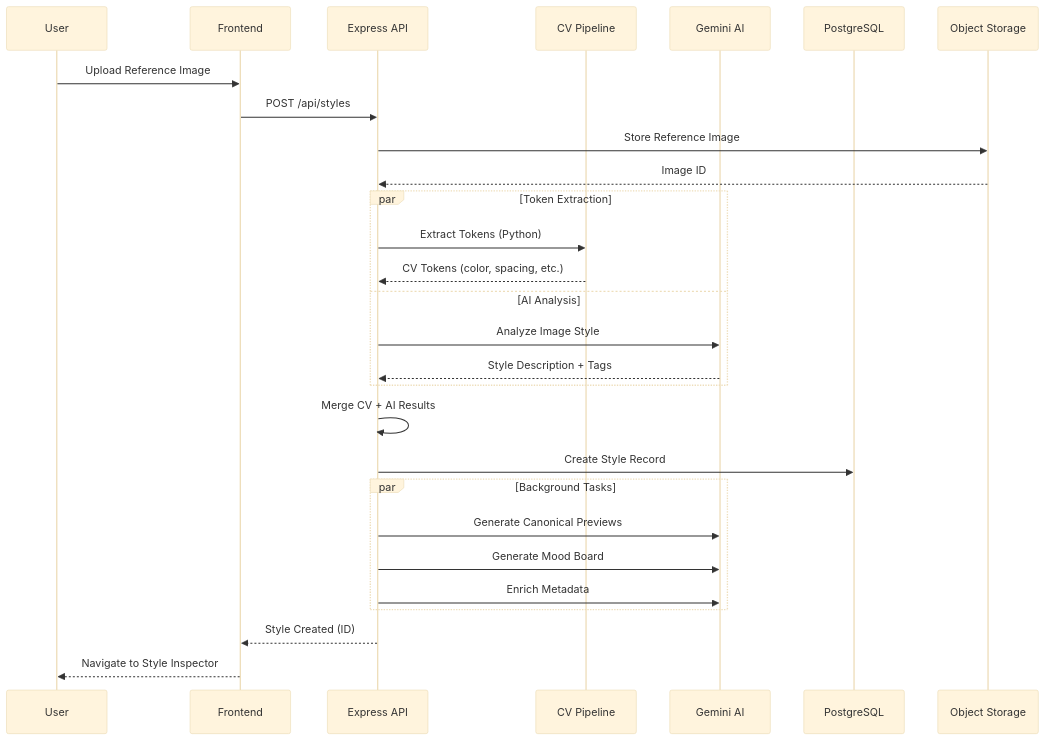
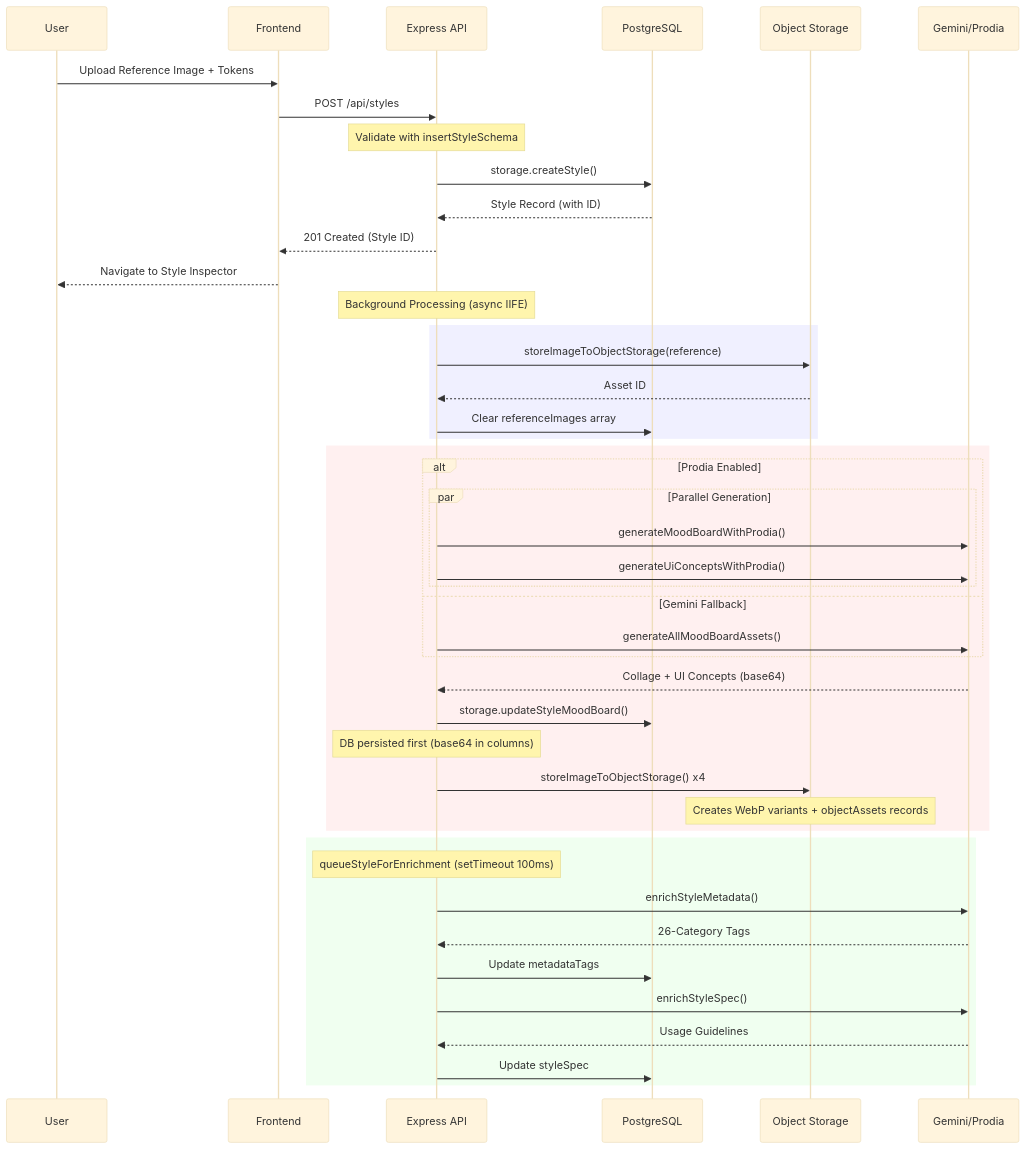
The second of 5 diagrams in docs/TECHNICAL_SPECIFICATION.md (joshband/Style-Vault), drawn with Mermaid (base theme) before and after one commit. The commit also changed other lines of this file and 1 other file, not shown here.

First line of the commit message:
Update technical specification with accurate style creation flow

````diff
--- a/docs/TECHNICAL_SPECIFICATION.md
+++ b/docs/TECHNICAL_SPECIFICATION.md
@@ -122,36 +122,53 @@
 ```mermaid
 sequenceDiagram
     participant U as User
     participant FE as Frontend
     participant API as Express API
-    participant CV as CV Pipeline
-    participant AI as Gemini AI
     participant DB as PostgreSQL
     participant OS as Object Storage
+    participant AI as Gemini/Prodia
 
-    U->>FE: Upload Reference Image
+    U->>FE: Upload Reference Image + Tokens
     FE->>API: POST /api/styles
     
-    API->>OS: Store Reference Image
-    OS-->>API: Image ID
+    Note over API: Validate with insertStyleSchema
+    API->>DB: storage.createStyle()
+    DB-->>API: Style Record (with ID)
     
-    par Token Extraction
-        API->>CV: Extract Tokens (Python)
-        CV-->>API: CV Tokens (color, spacing, etc.)
-    and AI Analysis
-        API->>AI: Analyze Image Style
-        AI-->>API: Style Description + Tags
+    API-->>FE: 201 Created (Style ID)
+    FE-->>U: Navigate to Style Inspector
+    
+    Note over API: Background Processing (async IIFE)
+    
+    rect rgb(240, 240, 255)
+        API->>OS: storeImageToObjectStorage(reference)
+        OS-->>API: Asset ID
+        API->>DB: Clear referenceImages array
     end
     
-    API->>API: Merge CV + AI Results
-    API->>DB: Create Style Record
-    
-    par Background Tasks
-        API->>AI: Generate Canonical Previews
-        API->>AI: Generate Mood Board
-        API->>AI: Enrich Metadata
+    rect rgb(255, 240, 240)
+        alt Prodia Enabled
+            par Parallel Generation
+                API->>AI: generateMoodBoardWithProdia()
+                API->>AI: generateUiConceptsWithProdia()
+            end
+        else Gemini Fallback
+            API->>AI: generateAllMoodBoardAssets()
+        end
+        AI-->>API: Collage + UI Concepts (base64)
+        API->>DB: storage.updateStyleMoodBoard()
+        Note over API: DB persisted first (base64 in columns)
+        API->>OS: storeImageToObjectStorage() x4
+        Note over OS: Creates WebP variants + objectAssets records
     end
     
-    API-->>FE: Style Created (ID)
-    FE-->>U: Navigate to Style Inspector
+    rect rgb(240, 255, 240)
+        Note over API: queueStyleForEnrichment (setTimeout 100ms)
+        API->>AI: enrichStyleMetadata()
+        AI-->>API: 26-Category Tags
+        API->>DB: Update metadataTags
+        API->>AI: enrichStyleSpec()
+        AI-->>API: Usage Guidelines
+        API->>DB: Update styleSpec
+    end
 ```
````
